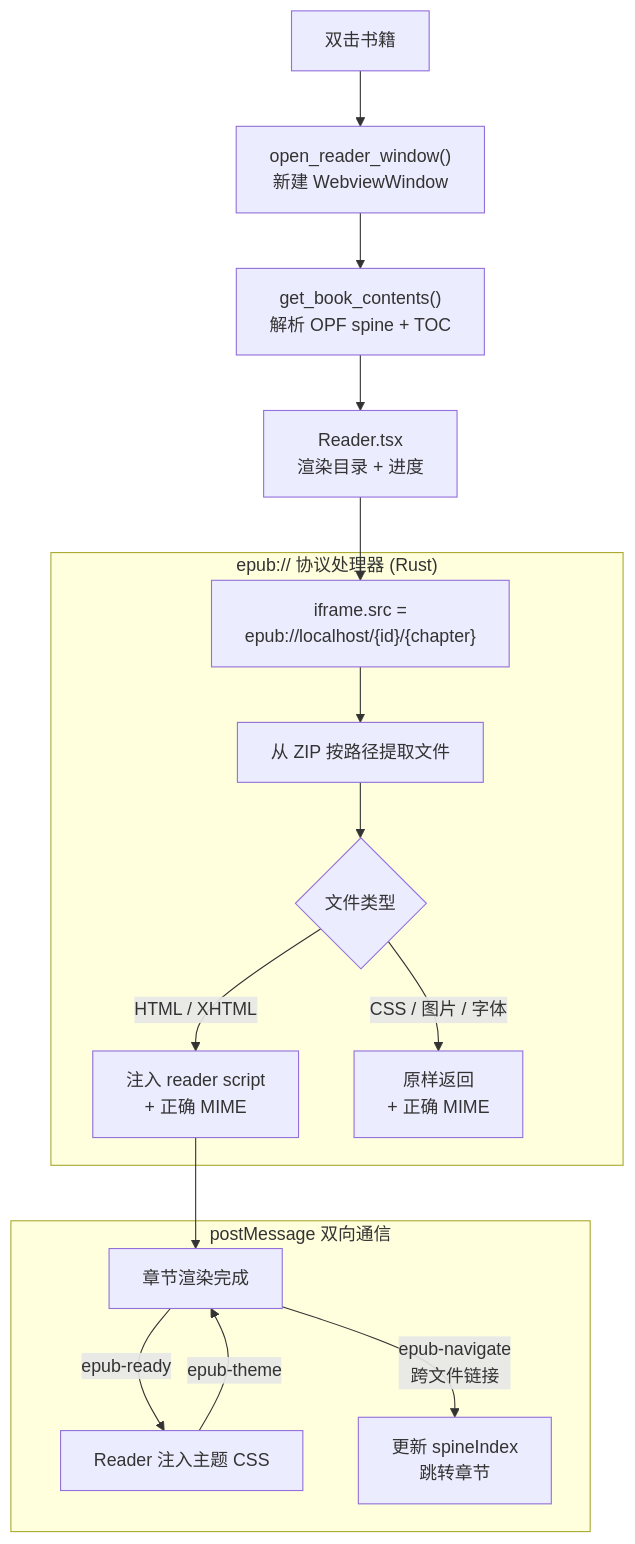
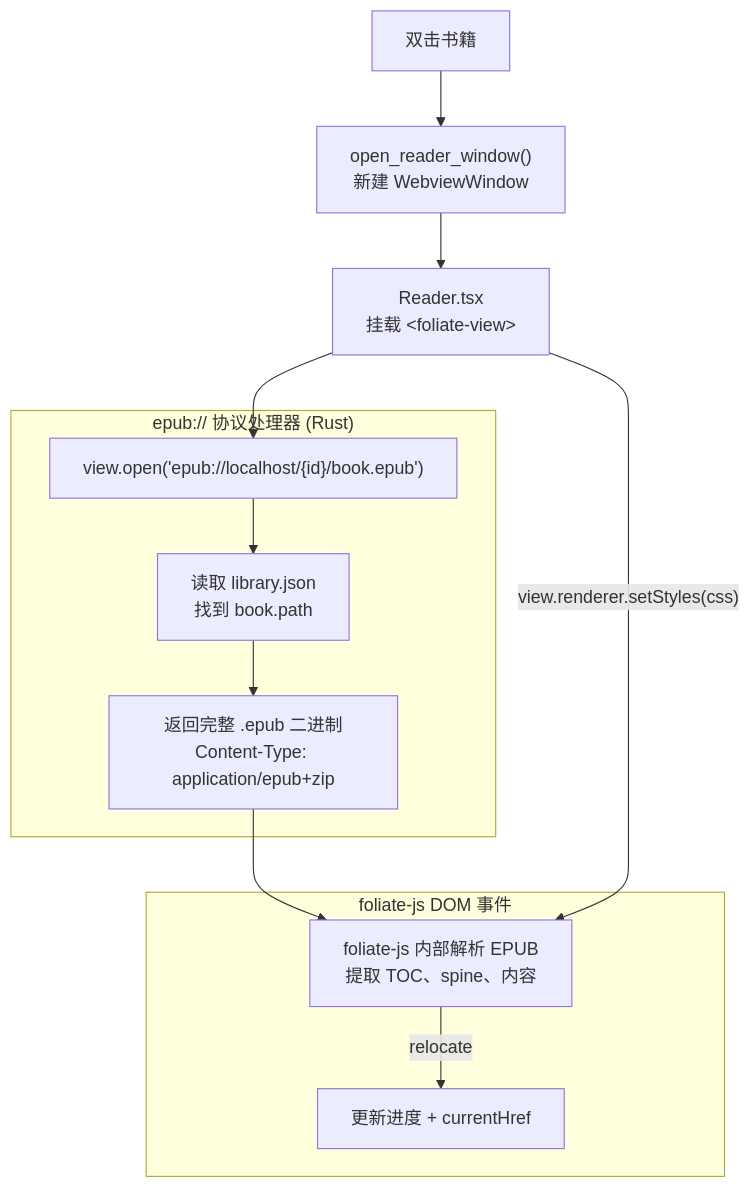
The second of 2 diagrams in CLAUDE.md (roy2100/local-books), drawn with Mermaid before and after one commit. The commit also changed other lines of this file and 9 other files, not shown here.

````diff
--- a/CLAUDE.md
+++ b/CLAUDE.md
@@ -55,23 +55,20 @@
 ```mermaid
 flowchart TD
     A[双击书籍] --> B["open_reader_window()\n新建 WebviewWindow"]
-    B --> C["get_book_contents()\n解析 OPF spine + TOC"]
-    C --> D["Reader.tsx\n渲染目录 + 进度"]
+    B --> C["Reader.tsx\n挂载 &lt;foliate-view&gt;"]
 
-    D --> E["iframe.src =\nepub://localhost/{id}/{chapter}"]
+    C --> D["view.open('epub://localhost/{id}/book.epub')"]
 
     subgraph epub_protocol ["epub:// 协议处理器 (Rust)"]
-        E --> F["从 ZIP 按路径提取文件"]
-        F --> G{文件类型}
-        G -->|HTML / XHTML| H["注入 reader script\n+ 正确 MIME"]
-        G -->|CSS / 图片 / 字体| I["原样返回\n+ 正确 MIME"]
+        D --> E["读取 library.json\n找到 book.path"]
+        E --> F["返回完整 .epub 二进制\nContent-Type: application/epub+zip"]
     end
 
-    H --> J["章节渲染完成"]
+    F --> G["foliate-js 内部解析 EPUB\n提取 TOC、spine、内容"]
 
-    subgraph postmessage ["postMessage 双向通信"]
-        J -->|epub-ready| K["Reader 注入主题 CSS"]
-        K -->|epub-theme| J
-        J -->|epub-navigate\n跨文件链接| L["更新 spineIndex\n跳转章节"]
+    subgraph foliate_events ["foliate-js DOM 事件"]
+        G -->|relocate| H["更新进度 + currentHref"]
     end
+
+    C -->|"view.renderer.setStyles(css)"| G
 ```
````
